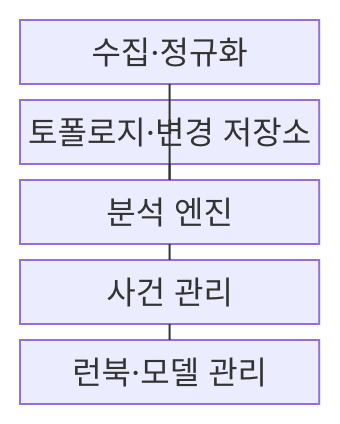
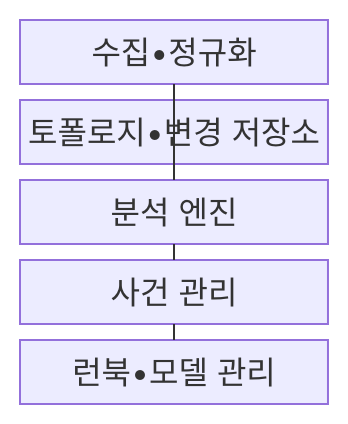
Before and after one commit to agnusdei1207/knowledge-base: the first of 2 diagrams in src/content/docs/notes/03-software/167_aiops.md, drawn with Mermaid. The commit also changed other lines of this file and 953 other files, not shown here.

````diff
--- a/src/content/docs/notes/03-software/167_aiops.md
+++ b/src/content/docs/notes/03-software/167_aiops.md
@@ -69,13 +69,13 @@
 ```mermaid
 block
     columns 1
-    A["수집·정규화"]
-    B["토폴로지·변경 저장소"]
+    A["수집•정규화"]
+    B["토폴로지•변경 저장소"]
     C["분석 엔진"]
     D["사건 관리"]
-    E["런북·모델 관리"]
+    E["런북•모델 관리"]
     A --- C
     B --- C
     C --- D
     D --- E
 ```
````
